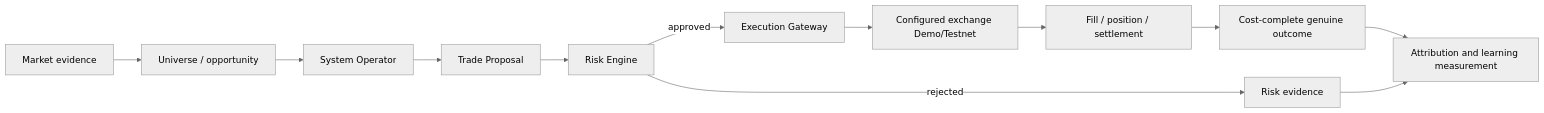
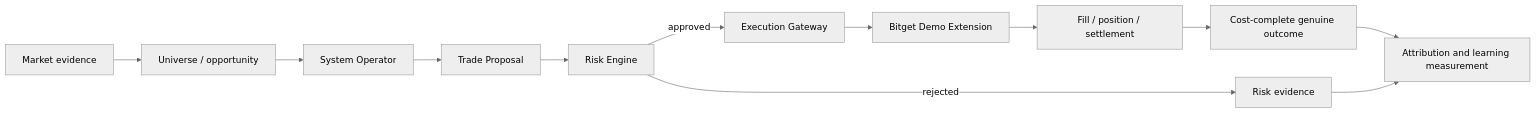
One commit to iridyne/aletheia changed the diagram in README.md. Above: the diagram before and after it, drawn with Mermaid (neutral theme). The commit also changed other lines of this file and 2 other files, not shown here.

````diff
--- a/README.md
+++ b/README.md
@@ -47,14 +47,14 @@
 ```mermaid
 flowchart LR
     A[Market evidence] --> B[Universe / opportunity]
     B --> C[System Operator]
     C --> D[Trade Proposal]
     D --> E[Risk Engine]
     E -->|approved| F[Execution Gateway]
     E -->|rejected| G[Risk evidence]
-    F --> H[Configured exchange Demo/Testnet]
+    F --> H[Bitget Demo Extension]
     H --> I[Fill / position / settlement]
     I --> J[Cost-complete genuine outcome]
     J --> K[Attribution and learning measurement]
     G --> K
 ```
````
